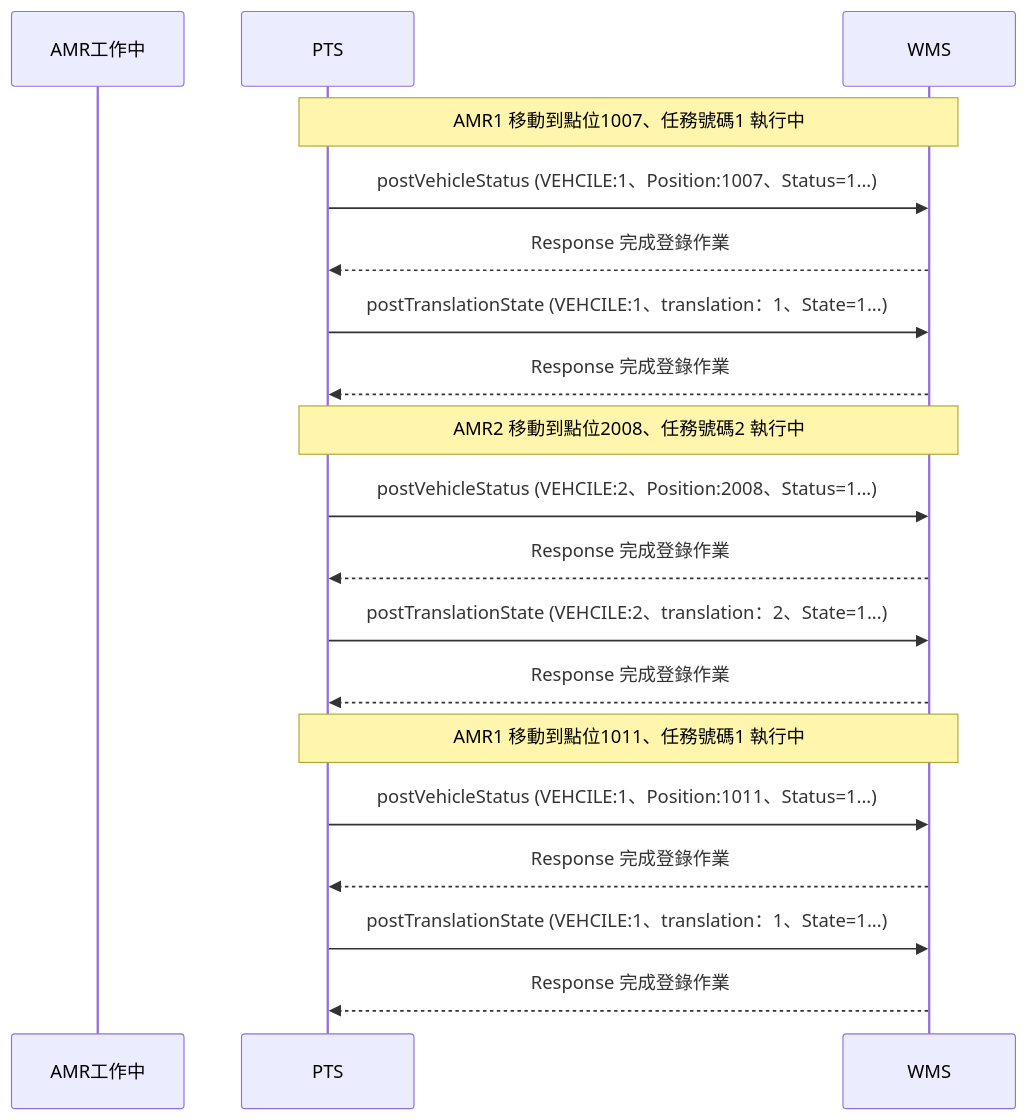
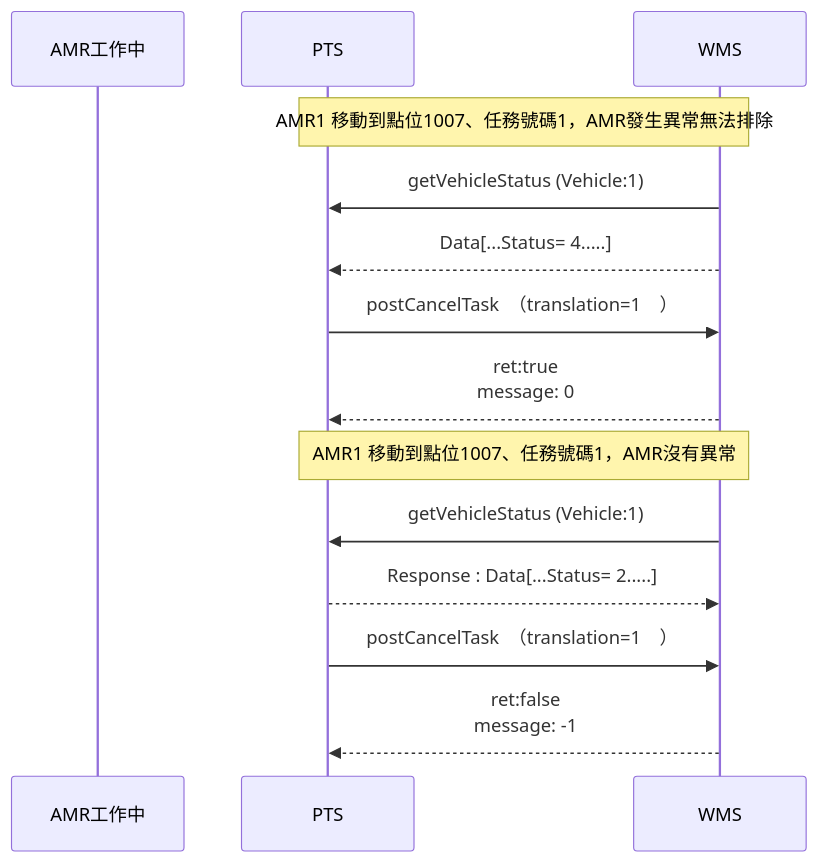
One commit to athena-tircgo/amr-wms-lsj changed the seventh of 9 diagrams in README.md. Above: the diagram before and after it, drawn with Mermaid. The commit also changed other lines of this file, not shown here.

````diff
--- a/README.md
+++ b/README.md
@@ -404,26 +405,21 @@
 ```mermaid
 sequenceDiagram
     participant AMR工作中
     participant PTS
     participant WMS
 
 
-note over PTS,WMS: AMR1 移動到點位1007、任務號碼1 執行中
-     PTS->>WMS: postVehicleStatus (VEHCILE:1、Position:1007、Status=1...)
-     WMS-->>PTS:Response 完成登錄作業
-     PTS->>WMS: postTranslationState (VEHCILE:1、translation：1、State=1...)
-     WMS-->>PTS:Response 完成登錄作業
+note over PTS,WMS: AMR1 移動到點位1007、任務號碼1，AMR發生異常無法排除
+　　　WMS->>PTS:getVehicleStatus (Vehicle:1)
+     WMS-->>PTS : Data[...Status= 4.....]
 
-note over PTS,WMS: AMR2 移動到點位2008、任務號碼2 執行中
-     PTS->>WMS: postVehicleStatus (VEHCILE:2、Position:2008、Status=1...)
-     WMS-->>PTS:Response 完成登錄作業
-     PTS->>WMS: postTranslationState (VEHCILE:2、translation：2、State=1...)
-     WMS-->>PTS:Response 完成登錄作業
+     PTS->>WMS: postCancelTask　（translation=1　）
+     WMS-->>PTS: ret:true  <br> message: 0
 
-note over PTS,WMS: AMR1 移動到點位1011、任務號碼1 執行中
-     PTS->>WMS: postVehicleStatus (VEHCILE:1、Position:1011、Status=1...)
-     WMS-->>PTS:Response 完成登錄作業
-     PTS->>WMS: postTranslationState (VEHCILE:1、translation：1、State=1...)
-     WMS-->>PTS:Response 完成登錄作業
+note over PTS,WMS: AMR1 移動到點位1007、任務號碼1，AMR沒有異常
+     WMS->>PTS:getVehicleStatus (Vehicle:1)
+　　　PTS-->>WMS:Response : Data[...Status= 2.....]
 
+　　　PTS->>WMS: postCancelTask　（translation=1　）
+     WMS-->>PTS: ret:false  <br> message: -1
 ```
````
